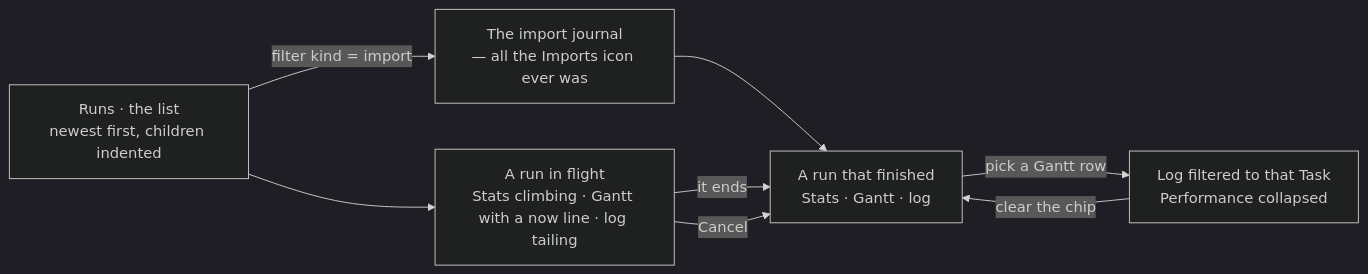
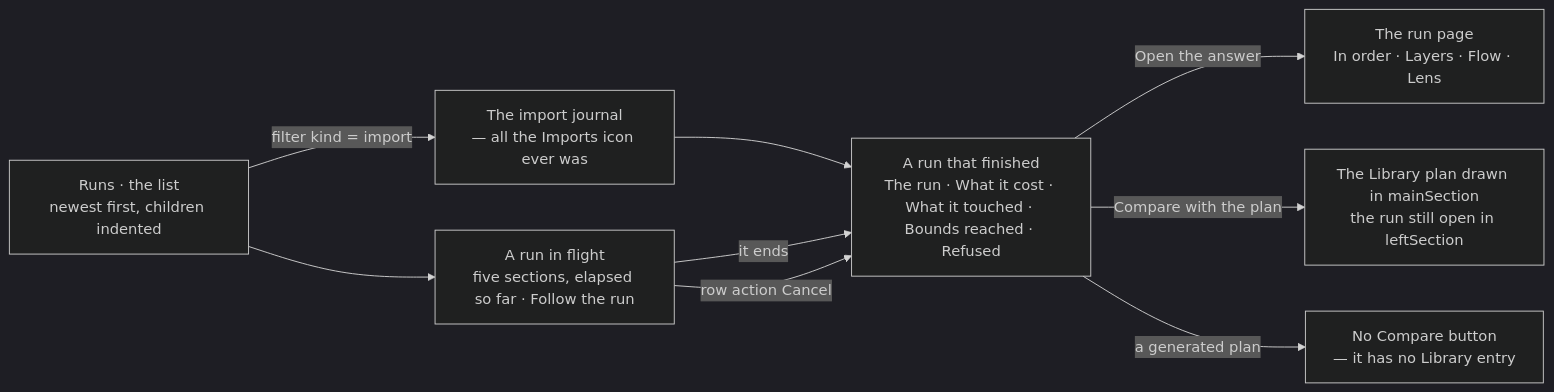
The first of 2 diagrams in docs/for-developers/modules/operate/features/see-what-ran.md (invana/invana), drawn with Mermaid (dark theme) before and after one commit. The commit also changed other lines of this file and 514 other files, not shown here.

````diff
--- a/docs/for-developers/modules/operate/features/see-what-ran.md
+++ b/docs/for-developers/modules/operate/features/see-what-ran.md
@@ -88,10 +88,11 @@
 ```mermaid
 flowchart LR
     L["Runs · the list<br/>newest first, children indented"] -->|filter kind = import| L2["The import journal<br/>— all the Imports icon ever was"]
-    L --> R1["A run in flight<br/>Stats climbing · Gantt with a now line · log tailing"]
-    L2 --> R2["A run that finished<br/>Stats · Gantt · log"]
+    L --> R1["A run in flight<br/>five sections, elapsed so far · Follow the run"]
+    L2 --> R2["A run that finished<br/>The run · What it cost · What it touched · Bounds reached · Refused"]
     R1 -->|it ends| R2
-    R2 -->|pick a Gantt row| D["Log filtered to that Task<br/>Performance collapsed"]
-    D -->|clear the chip| R2
-    R1 -->|Cancel| R2
+    R2 -->|Open the answer| P["The run page<br/>In order · Layers · Flow · Lens"]
+    R2 -->|Compare with the plan| F["The Library plan drawn in mainSection<br/>the run still open in leftSection"]
+    R2 -->|a generated plan| N["No Compare button<br/>— it has no Library entry"]
+    R1 -->|row action Cancel| R2
 ```
````
